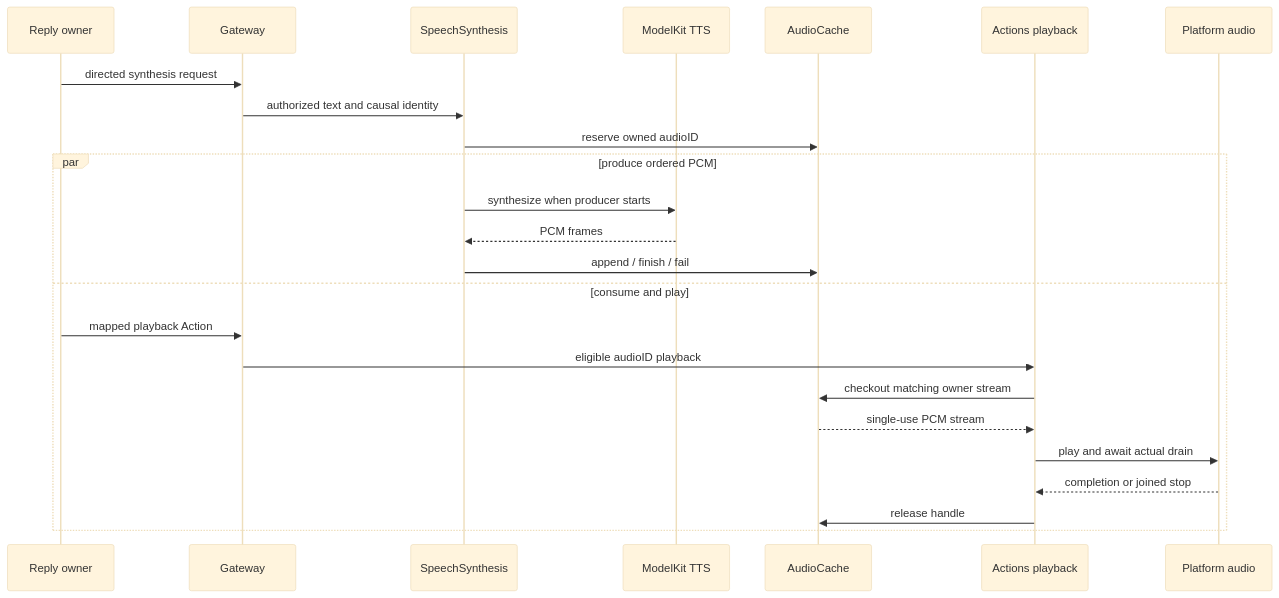
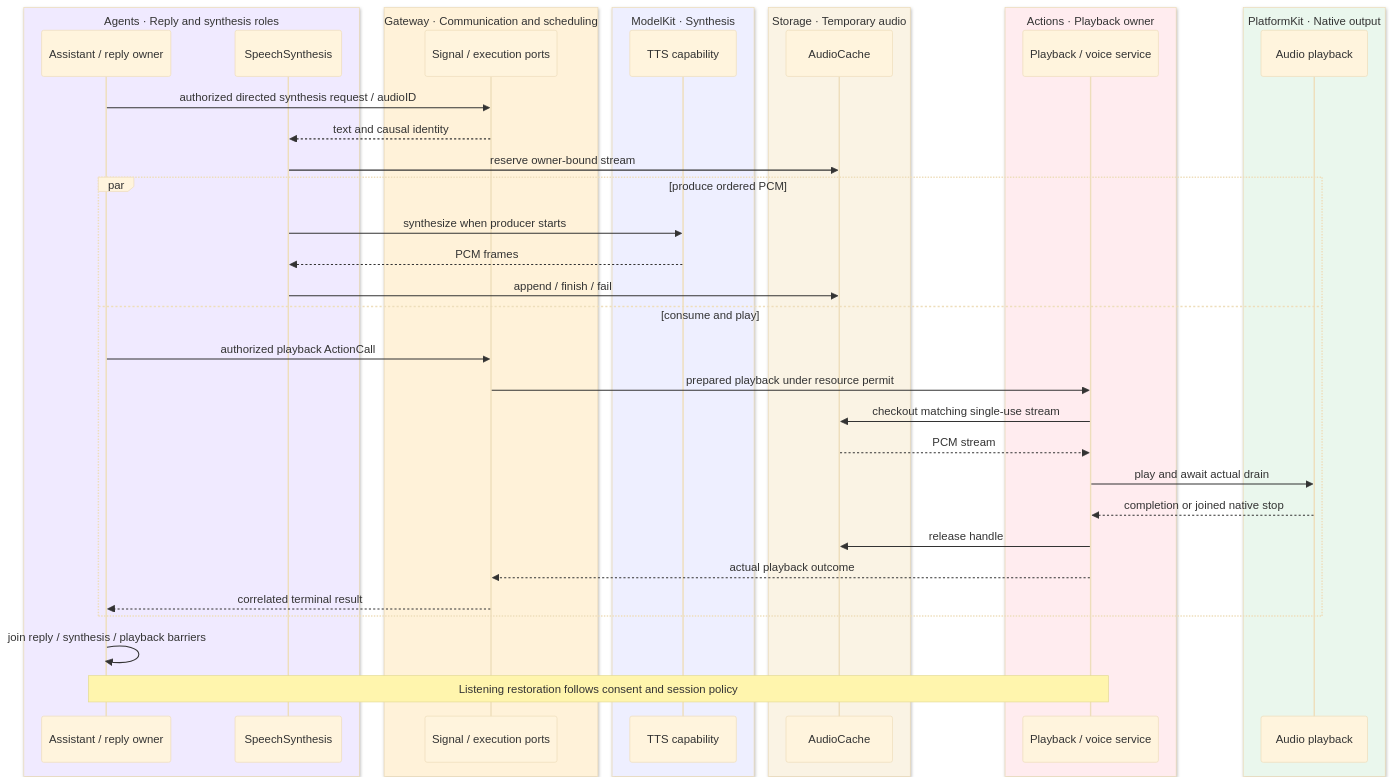
Diagram 16 of 25 in MobileHarness/README.md (devilyouwei/MobileHarness), drawn with Mermaid (base theme) before and after one commit. The commit also changed other lines of this file and 352 other files, not shown here.

````diff
--- a/MobileHarness/README.md
+++ b/MobileHarness/README.md
@@ -486,26 +1058,42 @@
 ```mermaid
 sequenceDiagram
-    participant Owner as Reply owner
-    participant Gate as Gateway
-    participant TTS as SpeechSynthesis
-    participant Model as ModelKit TTS
-    participant Cache as AudioCache
-    participant Play as Actions playback
-    participant Native as Platform audio
-    Owner->>Gate: directed synthesis request
-    Gate->>TTS: authorized text and causal identity
-    TTS->>Cache: reserve owned audioID
+    box rgb(240,234,255) Agents · Reply and synthesis roles
+        participant A as Assistant / reply owner
+        participant T as SpeechSynthesis
+    end
+    box rgb(255,242,217) Gateway · Communication and scheduling
+        participant G as Signal / execution ports
+    end
+    box rgb(238,239,255) ModelKit · Synthesis
+        participant M as TTS capability
+    end
+    box rgb(250,243,228) Storage · Temporary audio
+        participant C as AudioCache
+    end
+    box rgb(255,236,239) Actions · Playback owner
+        participant P as Playback / voice service
+    end
+    box rgb(234,247,237) PlatformKit · Native output
+        participant N as Audio playback
+    end
+    A->>G: authorized directed synthesis request / audioID
+    G-->>T: text and causal identity
+    T->>C: reserve owner-bound stream
     par produce ordered PCM
-        TTS->>Model: synthesize when producer starts
-        Model-->>TTS: PCM frames
-        TTS->>Cache: append / finish / fail
+        T->>M: synthesize when producer starts
+        M-->>T: PCM frames
+        T->>C: append / finish / fail
     and consume and play
-        Owner->>Gate: mapped playback Action
-        Gate->>Play: eligible audioID playback
-        Play->>Cache: checkout matching owner stream
-        Cache-->>Play: single-use PCM stream
-        Play->>Native: play and await actual drain
-        Native-->>Play: completion or joined stop
-        Play->>Cache: release handle
+        A->>G: authorized playback ActionCall
+        G->>P: prepared playback under resource permit
+        P->>C: checkout matching single-use stream
+        C-->>P: PCM stream
+        P->>N: play and await actual drain
+        N-->>P: completion or joined native stop
+        P->>C: release handle
+        P-->>G: actual playback outcome
+        G-->>A: correlated terminal result
     end
+    A->>A: join reply / synthesis / playback barriers
+    Note over A,P: Listening restoration follows consent and session policy
 ```
````
